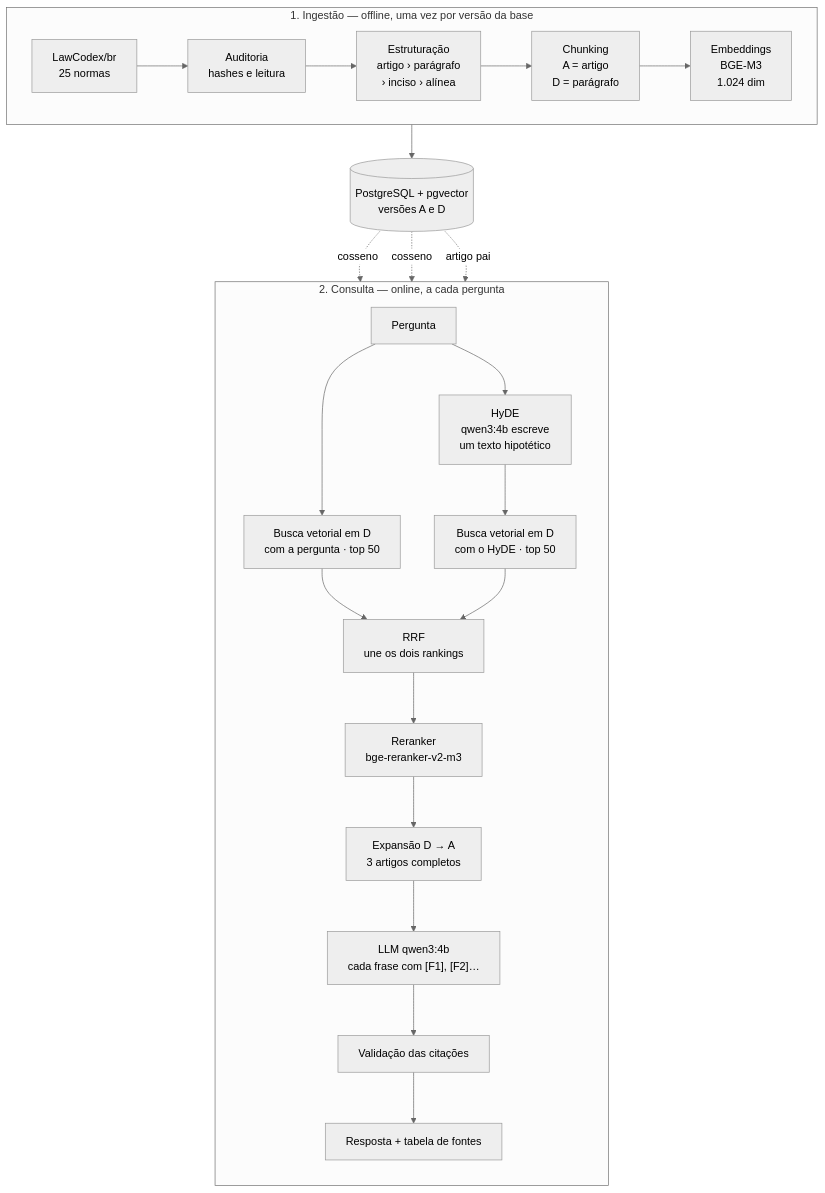
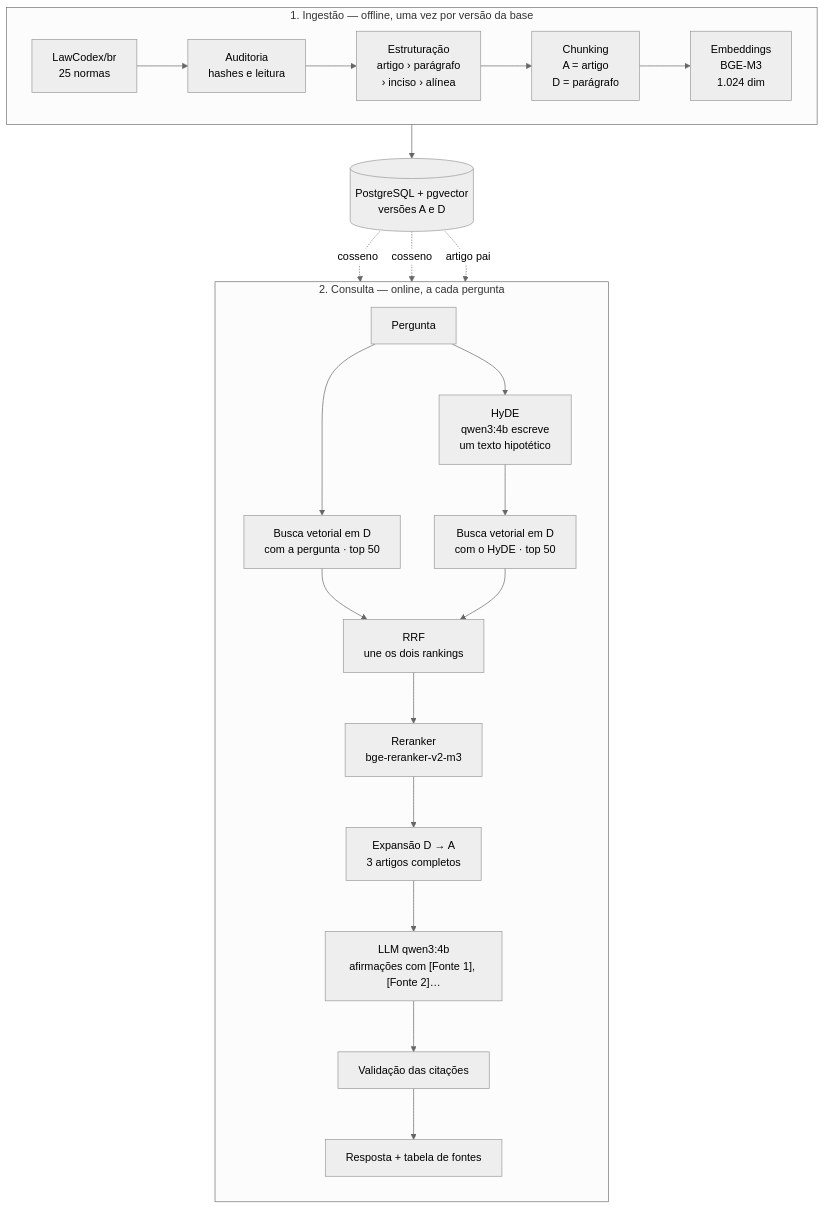
Before and after one commit to femathrl0/lex_clt.ai: the first of 6 diagrams in docs/semana2_base_conhecimento_e_rag.md, drawn with Mermaid (neutral theme). The commit also changed other lines of this file and 2 other files, not shown here.

````diff
--- a/docs/semana2_base_conhecimento_e_rag.md
+++ b/docs/semana2_base_conhecimento_e_rag.md
@@ -71,30 +71,30 @@
 ```mermaid
 flowchart TB
     subgraph ING["1. Ingestão — offline, uma vez por versão da base"]
         direction LR
         F["LawCodex/br<br/>25 normas"] --> AU["Auditoria<br/>hashes e leitura"]
         AU --> ES["Estruturação<br/>artigo › parágrafo<br/>› inciso › alínea"]
         ES --> CH["Chunking<br/>A = artigo<br/>D = parágrafo"]
         CH --> EM["Embeddings<br/>BGE-M3<br/>1.024 dim"]
     end
 
     EM --> DB[("PostgreSQL + pgvector<br/>versões A e D")]
 
     subgraph CON["2. Consulta — online, a cada pergunta"]
         direction TB
         Q["Pergunta"] --> HY["HyDE<br/>qwen3:4b escreve<br/>um texto hipotético"]
         Q --> B1["Busca vetorial em D<br/>com a pergunta · top 50"]
         HY --> B2["Busca vetorial em D<br/>com o HyDE · top 50"]
         B1 --> RRF["RRF<br/>une os dois rankings"]
         B2 --> RRF
         RRF --> RR["Reranker<br/>bge-reranker-v2-m3"]
         RR --> PA["Expansão D → A<br/>3 artigos completos"]
-        PA --> LLM["LLM qwen3:4b<br/>cada frase com [F1], [F2]…"]
+        PA --> LLM["LLM qwen3:4b<br/>afirmações com [Fonte 1], [Fonte 2]…"]
         LLM --> VAL["Validação das citações"]
         VAL --> OUT["Resposta + tabela de fontes"]
     end
 
     DB -. "cosseno" .-> B1
     DB -. "cosseno" .-> B2
     DB -. "artigo pai" .-> PA
 ```
````
